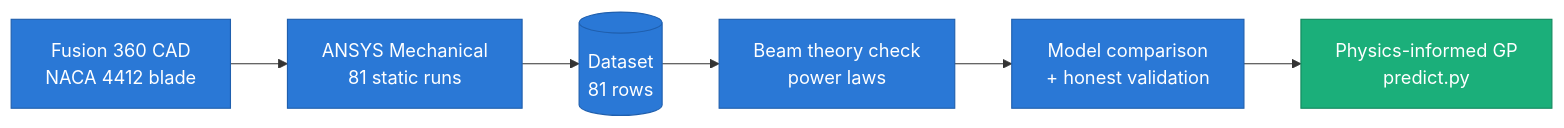
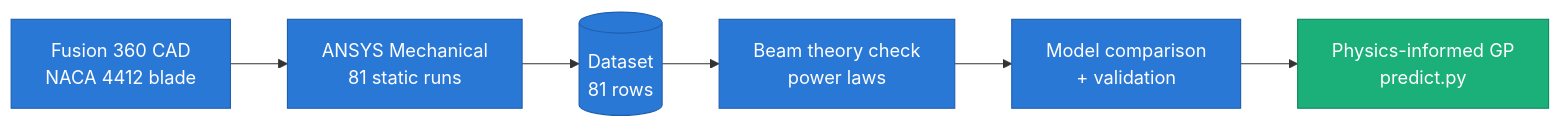
Before and after one commit to AMGhalcyon/Wind_Turbine_Project: the diagram in README.md, drawn with Mermaid. The commit also changed other lines of this file, not shown here.

````diff
--- a/README.md
+++ b/README.md
@@ -35,13 +34,13 @@
 ```mermaid
 flowchart LR
     A["Fusion 360 CAD<br/>NACA 4412 blade"] --> B["ANSYS Mechanical<br/>81 static runs"]
     B --> C[("Dataset<br/>81 rows")]
     C --> D["Beam theory check<br/>power laws"]
-    D --> E["Model comparison<br/>+ honest validation"]
+    D --> E["Model comparison<br/>+ validation"]
     E --> F["Physics-informed GP<br/>predict.py"]
 
     classDef step fill:#2a78d6,stroke:#1f5fae,color:#ffffff
     classDef final fill:#1baf7a,stroke:#138a5f,color:#ffffff
     class A,B,C,D,E step
     class F final
 ```
````
